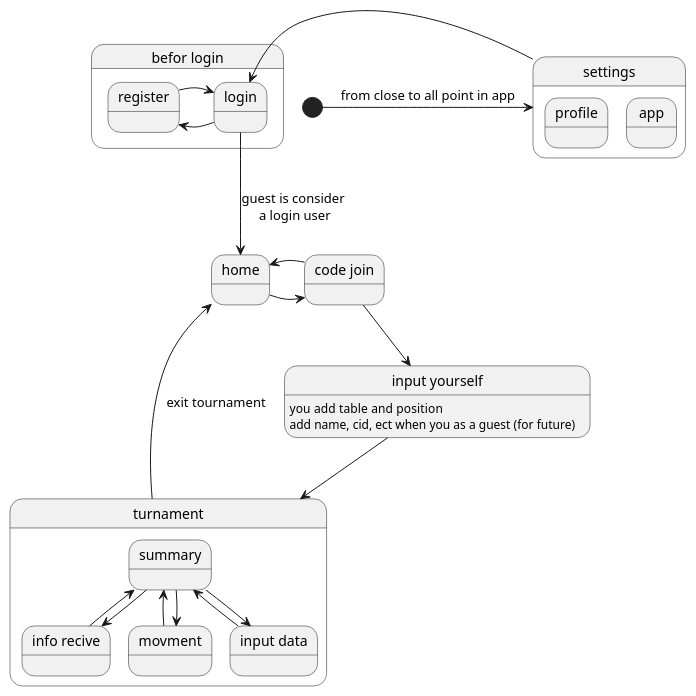
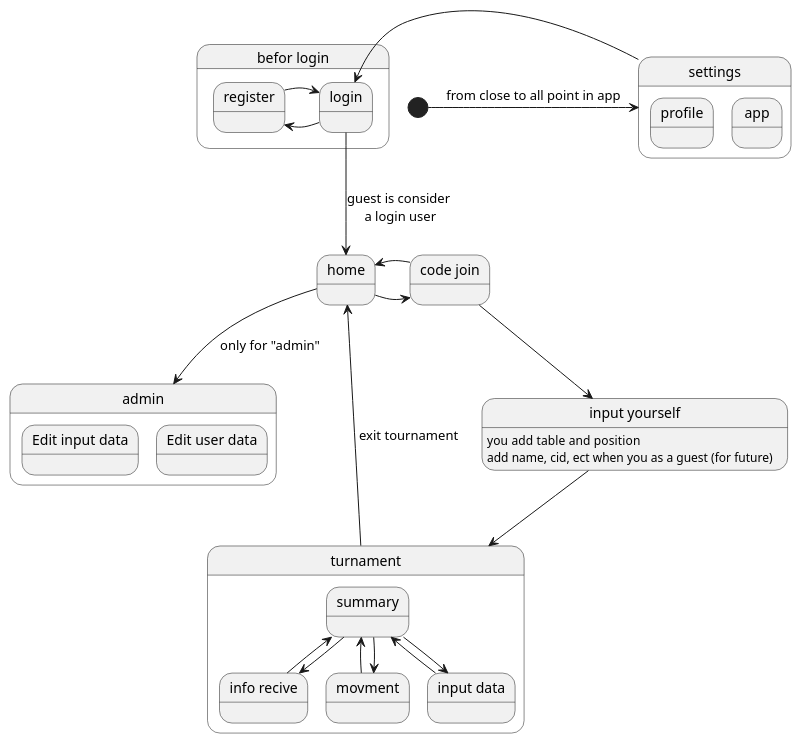
One commit to jarek7410/afmib_mobile changed the diagram in diagrams/screens.puml. Above: the diagram before and after it, drawn with PlantUML.

Commit message:
screens.puml update

```diff
--- a/diagrams/screens.puml
+++ b/diagrams/screens.puml
@@ -1,42 +1,47 @@
 @startuml
 State B as "befor login"{
     state B1 as "login"
     state B2 as "register"
  B1 -> B2
  B2 -> B1
 }
 
 B1 --> A1:guest is consider\n a login user
 'State A as "after login"{
 state A1 as "home"
 state A3 as "code join"
 state C as "settings"{
     state C1 as "profile"
     state C2 as "app"
 }
 [*]->C : from close to all point in app
 state A4 as "input yourself"
       A4 :you add  table and position
       A4 : add name, cid, ect when you as a guest (for future)
 C -> B1
  A3 --> A4
  A4 -->D
  A1 -> A3
  A3 ->A1
  D --> A1 : exit tournament
 state D as "turnament"{
    state D0 as "summary"
    state D1 as "info recive"
    state D2 as "movment"
    state D3 as "input data"
    D0 --> D1
    D0 --> D2
    D0 --> D3
    D0 <-- D1
    D0 <-- D2
    D0 <-- D3
 }
+state E as "admin"{
+    state E1 as "Edit input data"
+    state E2 as "Edit user data"
+}
+A1 --> E :only for "admin"
 
 
 
 @enduml
```
